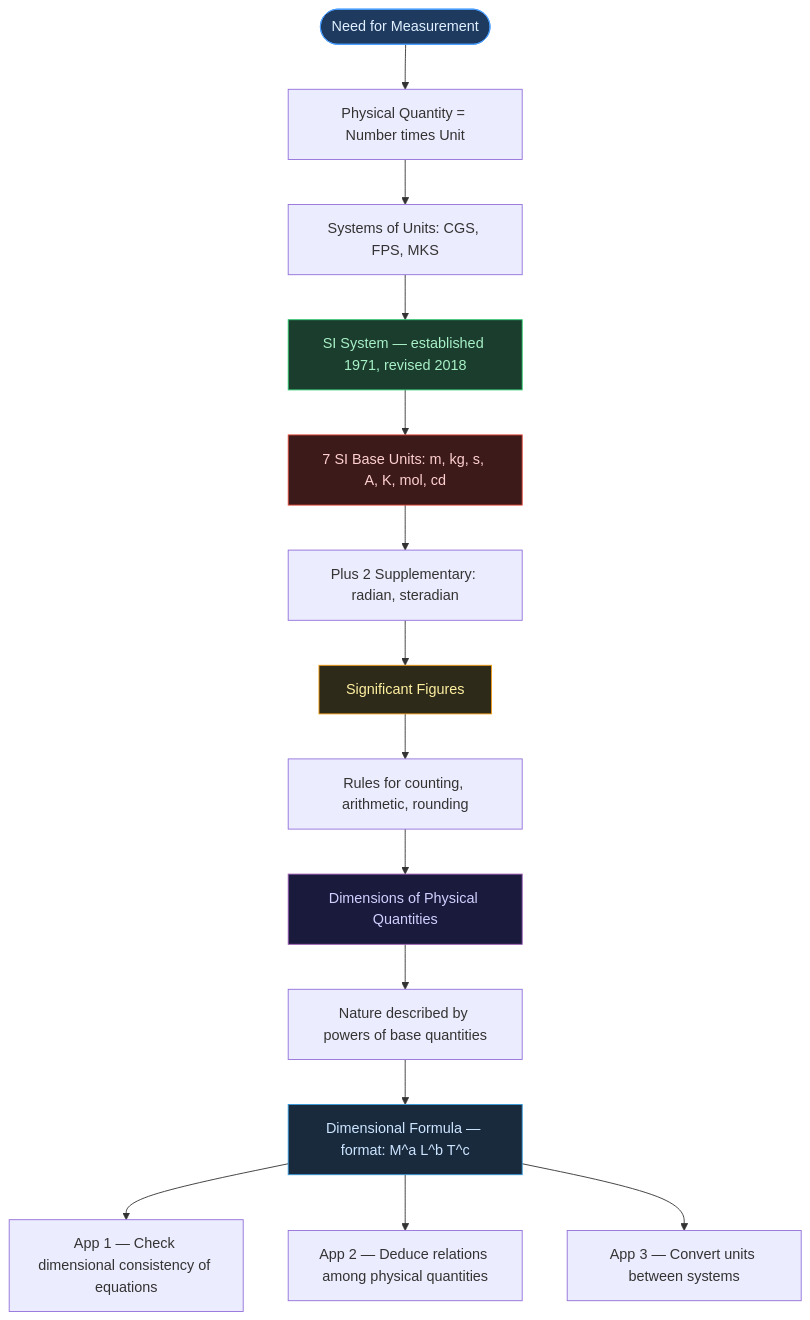
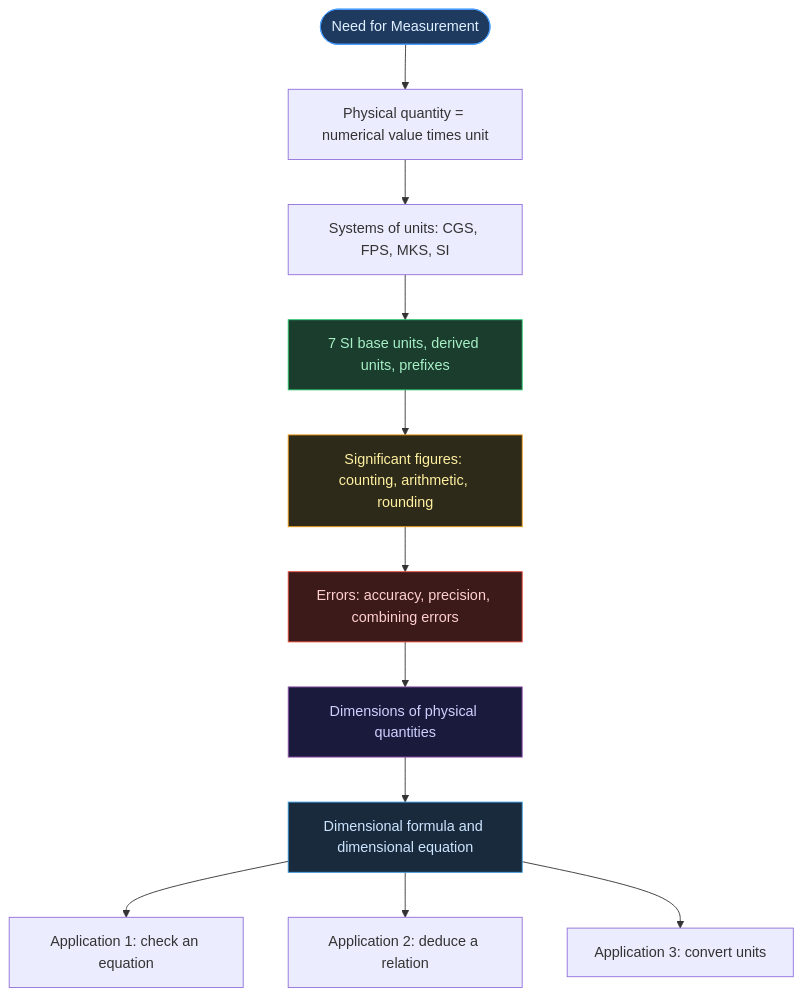
One commit to fsr-science/NCERT-Science changed the first of 2 diagrams in AI-NOTES/PHYSICS/PHYSICS01-UNITS_AND_MEASUREMENTS/PHYSICS01-UNITS_AND_MEASUREMENTS-NOTES.md. Above: the diagram before and after it, drawn with Mermaid. The commit also changed other lines of this file, not shown here.

````diff
--- a/AI-NOTES/PHYSICS/PHYSICS01-UNITS_AND_MEASUREMENTS/PHYSICS01-UNITS_AND_MEASUREMENTS-NOTES.md
+++ b/AI-NOTES/PHYSICS/PHYSICS01-UNITS_AND_MEASUREMENTS/PHYSICS01-UNITS_AND_MEASUREMENTS-NOTES.md
@@ -8,23 +64,20 @@
 ```mermaid
 flowchart TD
-    A(["Need for Measurement"]) --> B["Physical Quantity = Number times Unit"]
-    B --> C["Systems of Units: CGS, FPS, MKS"]
-    C --> D["SI System — established 1971, revised 2018"]
-    D --> E["7 SI Base Units: m, kg, s, A, K, mol, cd"]
-    E --> E2["Plus 2 Supplementary: radian, steradian"]
-    E2 --> F["Significant Figures"]
-    F --> F2["Rules for counting, arithmetic, rounding"]
-    F2 --> G["Dimensions of Physical Quantities"]
-    G --> G2["Nature described by powers of base quantities"]
-    G2 --> H["Dimensional Formula — format: M^a L^b T^c"]
-    H --> H1["App 1 — Check dimensional consistency of equations"]
-    H --> H2["App 2 — Deduce relations among physical quantities"]
-    H --> H3["App 3 — Convert units between systems"]
+    A(["Need for Measurement"]) --> B["Physical quantity = numerical value times unit"]
+    B --> C["Systems of units: CGS, FPS, MKS, SI"]
+    C --> D["7 SI base units, derived units, prefixes"]
+    D --> F["Significant figures: counting, arithmetic, rounding"]
+    F --> E["Errors: accuracy, precision, combining errors"]
+    E --> G["Dimensions of physical quantities"]
+    G --> H["Dimensional formula and dimensional equation"]
+    H --> H1["Application 1: check an equation"]
+    H --> H2["Application 2: deduce a relation"]
+    H --> H3["Application 3: convert units"]
 
     style A fill:#1e3a5f,color:#e0f0ff,stroke:#4a9eff
     style D fill:#1a3d2e,color:#a8f0c6,stroke:#2ecc71
+    style F fill:#2d2a1a,color:#fff0a0,stroke:#f39c12
     style E fill:#3d1a1a,color:#ffd0d0,stroke:#e74c3c
-    style F fill:#2d2a1a,color:#fff0a0,stroke:#f39c12
     style G fill:#1a1a3d,color:#d0d0ff,stroke:#9b59b6
     style H fill:#1a2a3d,color:#cce5ff,stroke:#3498db
 ```
````
